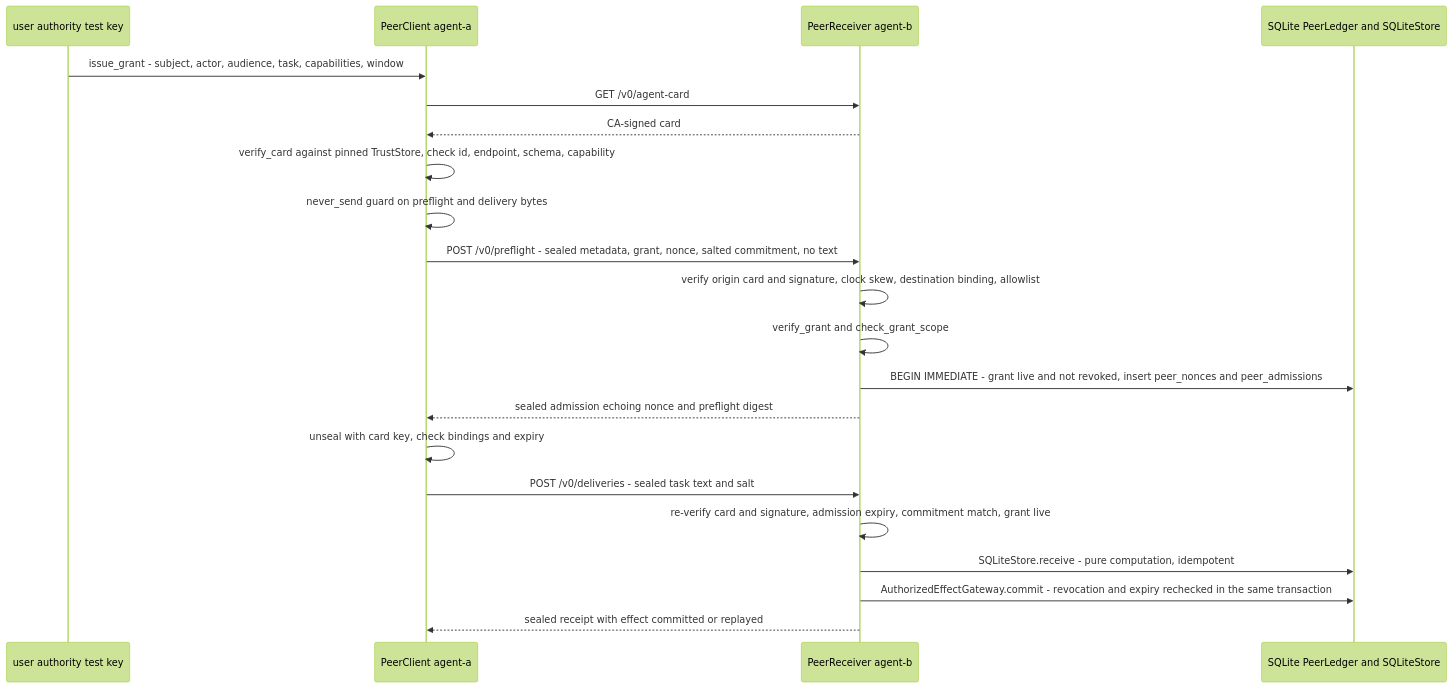
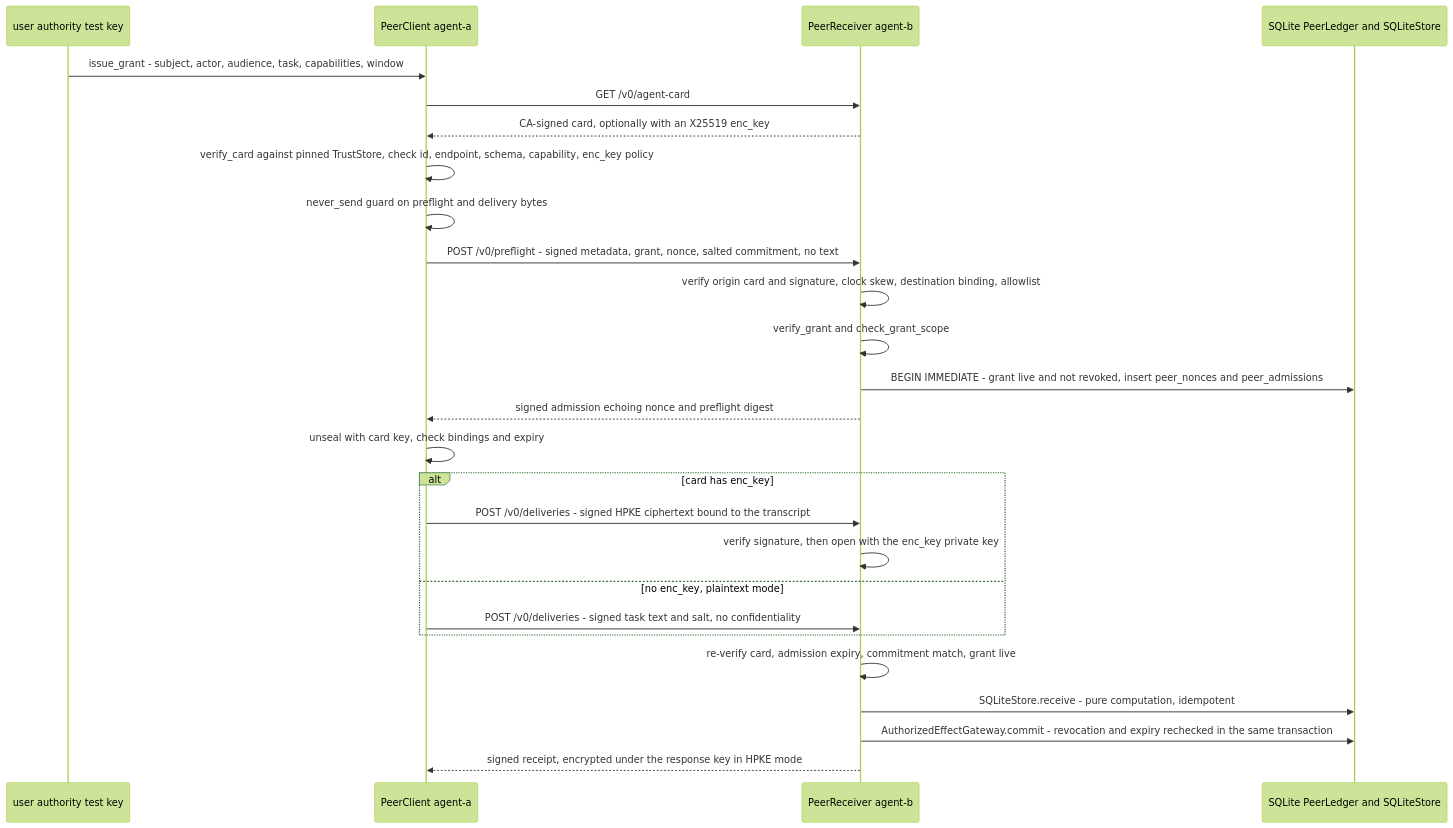
The fourth of 8 diagrams in docs/architecture.md (MSKazemi/agent-movement), drawn with Mermaid (forest theme) before and after one commit. The commit also changed other lines of this file and 1 other file, not shown here.

First line of the commit message:
docs: refresh architecture and package guide against 4809bdf

````diff
--- a/docs/architecture.md
+++ b/docs/architecture.md
@@ -182,23 +206,28 @@
 ```mermaid
 sequenceDiagram
     participant U as user authority test key
     participant O as PeerClient agent-a
     participant B as PeerReceiver agent-b
     participant D as SQLite PeerLedger and SQLiteStore
     U->>O: issue_grant - subject, actor, audience, task, capabilities, window
     O->>B: GET /v0/agent-card
-    B-->>O: CA-signed card
-    O->>O: verify_card against pinned TrustStore, check id, endpoint, schema, capability
+    B-->>O: CA-signed card, optionally with an X25519 enc_key
+    O->>O: verify_card against pinned TrustStore, check id, endpoint, schema, capability, enc_key policy
     O->>O: never_send guard on preflight and delivery bytes
-    O->>B: POST /v0/preflight - sealed metadata, grant, nonce, salted commitment, no text
+    O->>B: POST /v0/preflight - signed metadata, grant, nonce, salted commitment, no text
     B->>B: verify origin card and signature, clock skew, destination binding, allowlist
     B->>B: verify_grant and check_grant_scope
     B->>D: BEGIN IMMEDIATE - grant live and not revoked, insert peer_nonces and peer_admissions
-    B-->>O: sealed admission echoing nonce and preflight digest
+    B-->>O: signed admission echoing nonce and preflight digest
     O->>O: unseal with card key, check bindings and expiry
-    O->>B: POST /v0/deliveries - sealed task text and salt
-    B->>B: re-verify card and signature, admission expiry, commitment match, grant live
+    alt card has enc_key
+        O->>B: POST /v0/deliveries - signed HPKE ciphertext bound to the transcript
+        B->>B: verify signature, then open with the enc_key private key
+    else no enc_key, plaintext mode
+        O->>B: POST /v0/deliveries - signed task text and salt, no confidentiality
+    end
+    B->>B: re-verify card, admission expiry, commitment match, grant live
     B->>D: SQLiteStore.receive - pure computation, idempotent
     B->>D: AuthorizedEffectGateway.commit - revocation and expiry rechecked in the same transaction
-    B-->>O: sealed receipt with effect committed or replayed
+    B-->>O: signed receipt, encrypted under the response key in HPKE mode
 ```
````
